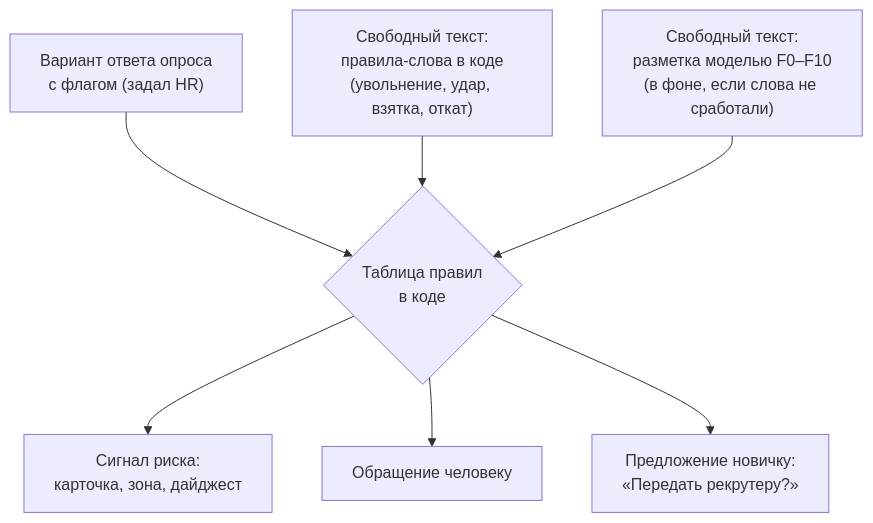
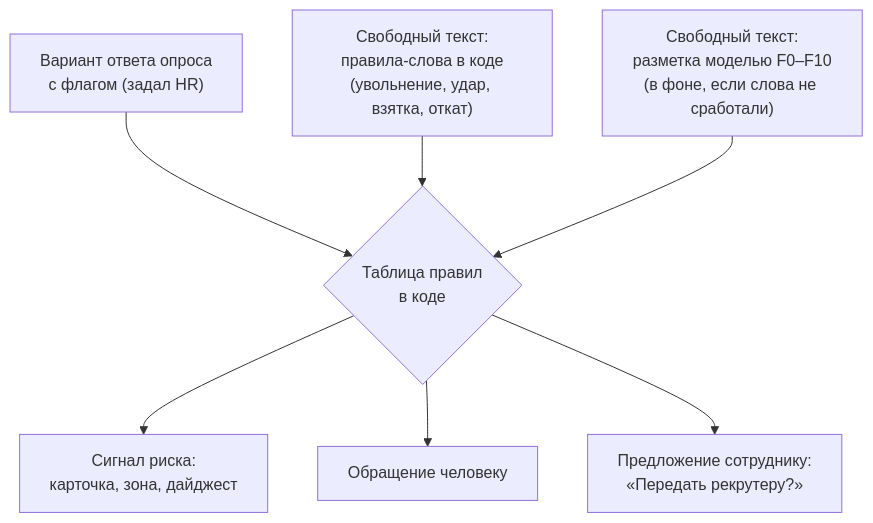
The first of 3 diagrams in agency/system/Human/07-risk-and-escalation.md (kunak-agency/polyplastic-bot), drawn with Mermaid before and after one commit. The commit also changed other lines of this file and 99 other files, not shown here.

````diff
--- a/agency/system/Human/07-risk-and-escalation.md
+++ b/agency/system/Human/07-risk-and-escalation.md
@@ -40,9 +40,9 @@
 ```mermaid
 flowchart TD
     A["Вариант ответа опроса<br/>с флагом (задал HR)"] --> D{"Таблица правил<br/>в коде"}
     B["Свободный текст:<br/>правила-слова в коде<br/>(увольнение, удар, взятка, откат)"] --> D
     C["Свободный текст:<br/>разметка моделью F0–F10<br/>(в фоне, если слова не сработали)"] --> D
     D --> S["Сигнал риска:<br/>карточка, зона, дайджест"]
     D --> T["Обращение человеку"]
-    D --> O["Предложение новичку:<br/>«Передать рекрутеру?»"]
+    D --> O["Предложение сотруднику:<br/>«Передать рекрутеру?»"]
 ```
````
